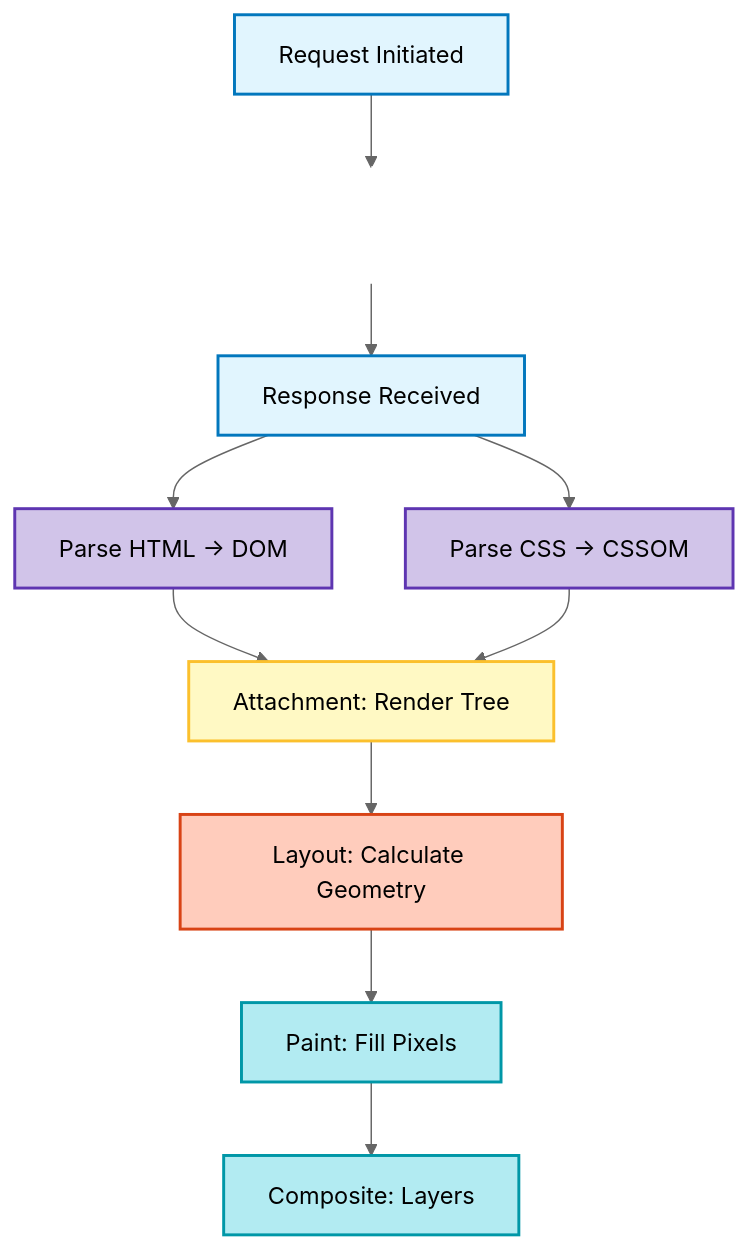
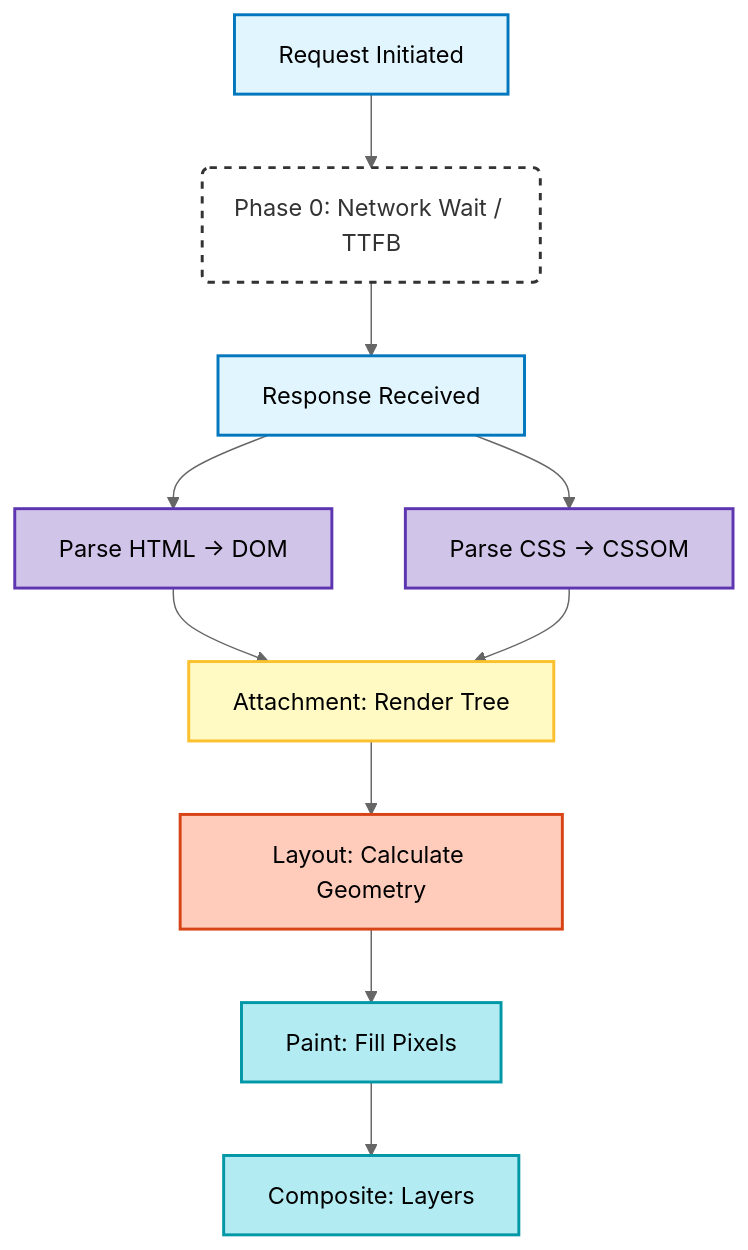
Before and after one commit to nitinNayar/til: the diagram in tips/datadog/browser-rendering-pipeline.md, drawn with Mermaid (neutral theme).

Commit message:
fixed issue with diagram rendering on white background

````diff
--- a/tips/datadog/browser-rendering-pipeline.md
+++ b/tips/datadog/browser-rendering-pipeline.md
@@ -24,30 +24,30 @@
 ```mermaid
 graph TD
     %% Phase 0: Network / Time to First Byte
     A[Request Initiated] --> B(Phase 0: Network Wait / TTFB)
     B --> C[Response Received]
     
     %% Phase 1: Parsing
     C --> D[Parse HTML -> DOM]
     C --> E[Parse CSS -> CSSOM]
     
     %% Phase 2: Render Tree Construction
     D & E --> F[Attachment: Render Tree]
     
     %% Phase 3: Pixel Pipeline
     F --> G[Layout: Calculate Geometry]
     G --> H[Paint: Fill Pixels]
     H --> I[Composite: Layers]
 
     %% Styles
-    style B fill:none,stroke:#fff,stroke-width:2px,stroke-dasharray: 5 5,color:#fff
+    style B fill:none,stroke:#333,stroke-width:2px,stroke-dasharray: 5 5,color:#333
     style A fill:#e1f5fe,stroke:#0277bd,stroke-width:2px,color:#000
     style C fill:#e1f5fe,stroke:#0277bd,stroke-width:2px,color:#000
     style D fill:#d1c4e9,stroke:#5e35b1,stroke-width:2px,color:#000
     style E fill:#d1c4e9,stroke:#5e35b1,stroke-width:2px,color:#000
     style F fill:#fff9c4,stroke:#fbc02d,stroke-width:2px,color:#000
     style G fill:#ffccbc,stroke:#d84315,stroke-width:2px,color:#000
     style H fill:#b2ebf2,stroke:#0097a7,stroke-width:2px,color:#000
     style I fill:#b2ebf2,stroke:#0097a7,stroke-width:2px,color:#000
 
 ```
````
